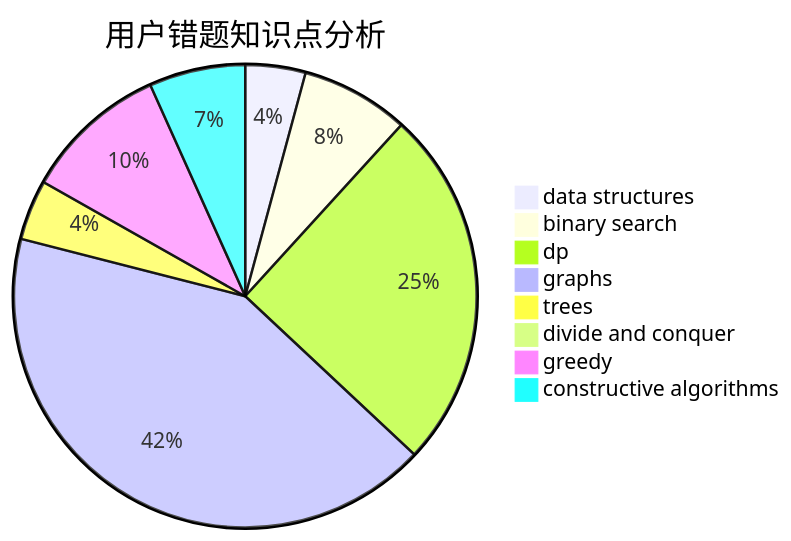
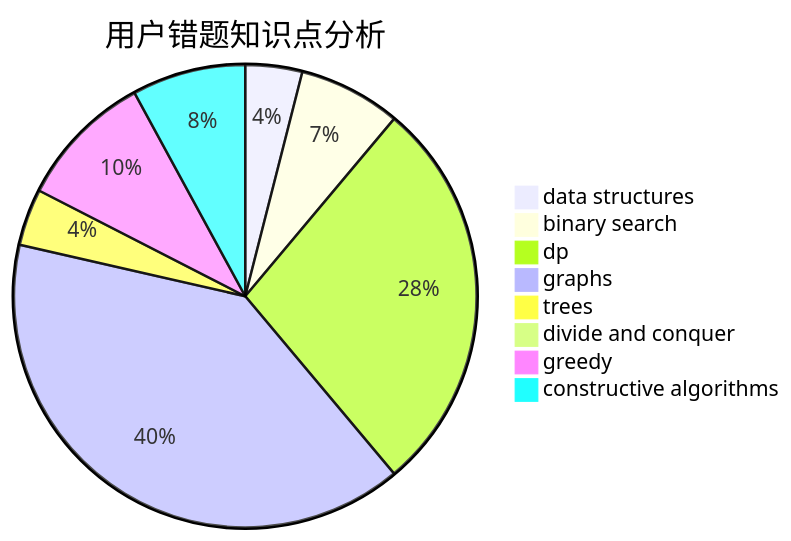
Before and after one commit to sherpahu/cfrs.github.io: the third of 3 diagrams in docs/user/u2107.md, drawn with Mermaid. The commit also changed other lines of this file and 2770 other files, not shown here.

````diff
--- a/docs/user/u2107.md
+++ b/docs/user/u2107.md
@@ -36,11 +36,11 @@
 ```mermaid
 pie title 用户错题知识点分析
     "data structures" :  5
     "binary search" :  9
-    "dp" :  30
+    "dp" :  35
     "graphs" :  50
     "trees" :  5
     "divide and conquer" :  0
     "greedy" :  12
-    "constructive algorithms" :  8
+    "constructive algorithms" :  10
 ```
````
